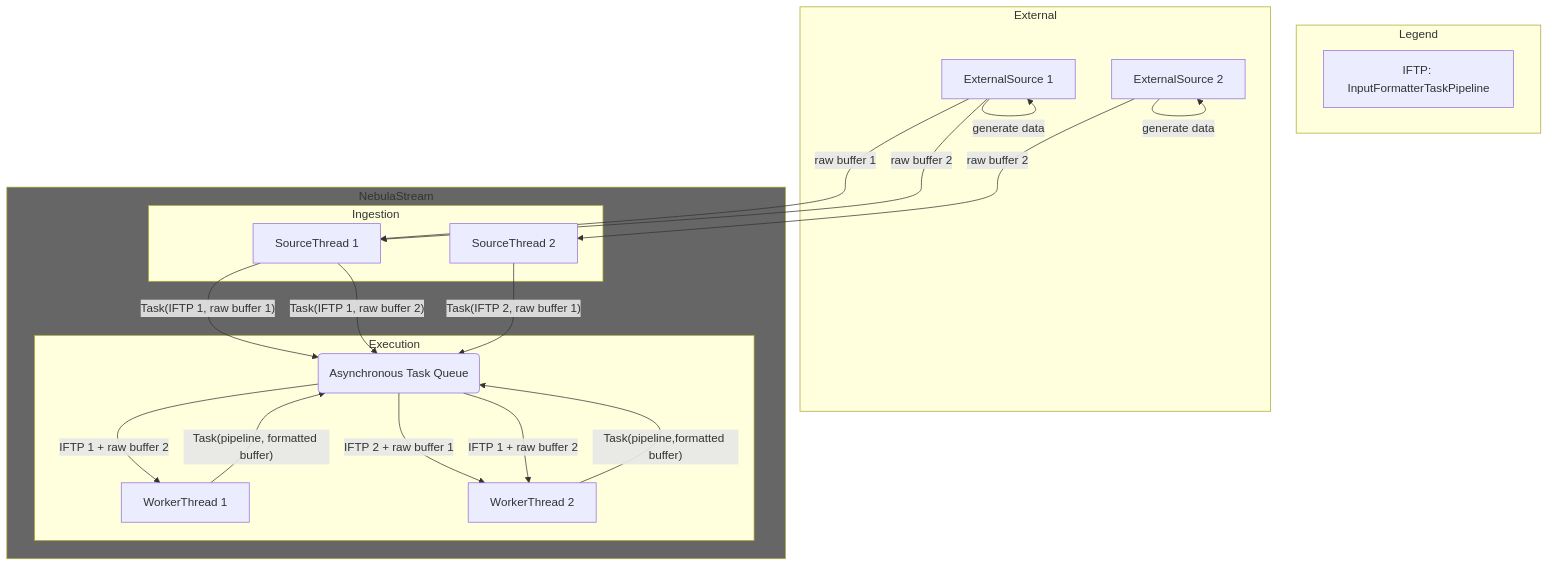
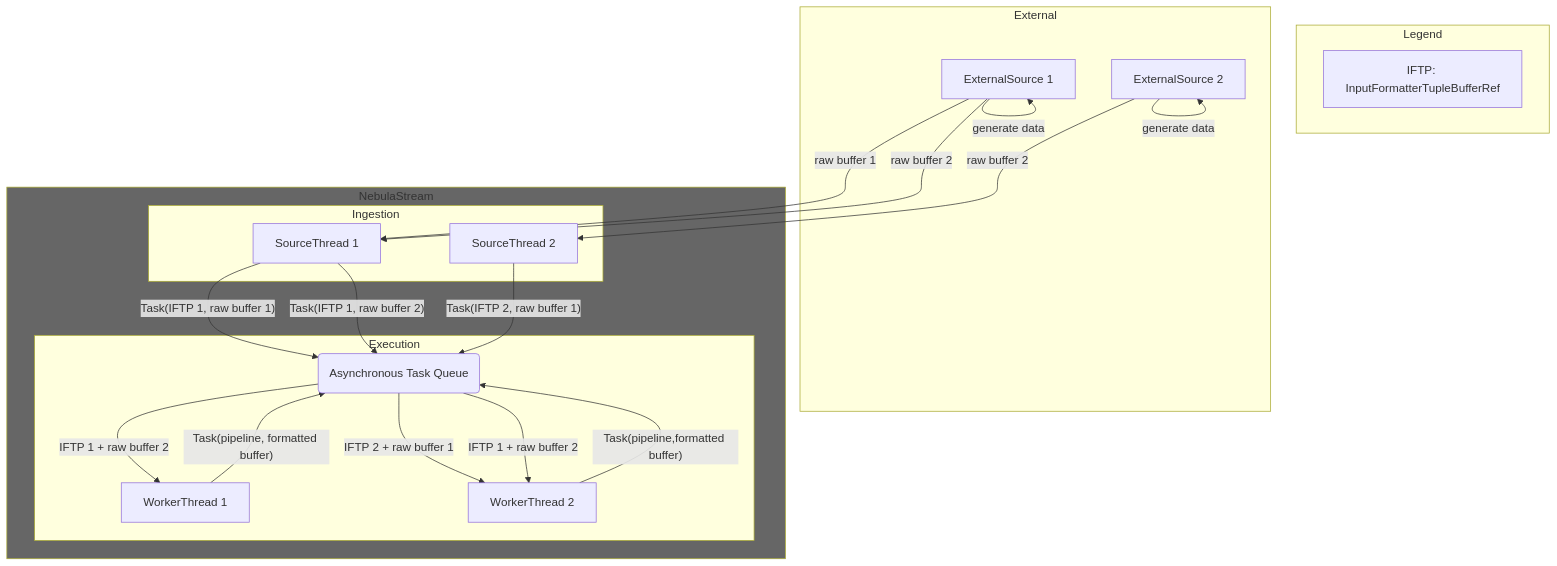
The first of 3 diagrams in nes-input-formatters/README.md (nebulastream/nebulastream), drawn with Mermaid before and after one commit. The commit also changed other lines of this file and 14 other files, not shown here.

Commit message:
renamed InputFormatterTaskPipeline and moved ScanPhysicalOperator back

````diff
--- a/nes-input-formatters/README.md
+++ b/nes-input-formatters/README.md
@@ -97,28 +97,28 @@
 ```mermaid
 flowchart TB
     subgraph Legend
-        I[IFTP: InputFormatterTaskPipeline]
+        I[IFTP: InputFormatterTupleBufferRef]
     end
     subgraph External
         A[Source 1] -->|generate data| A(ExternalSource 1)
         B[Source 2] -->|generate data| B(ExternalSource 2)
     end
     subgraph NebulaStream
         subgraph Ingestion
             A[ExternalSource 1] -->|raw buffer 1| C(SourceThread_1)
             A[ExternalSource 1] -->|raw buffer 2| C(SourceThread_1)
             B[ExternalSource 2] -->|raw buffer 2| D(SourceThread_2)
         end
         subgraph Execution
             C[SourceThread 1] -->|" Task(IFTP 1, raw buffer 1) "| E(Asynchronous Task Queue)
             C[SourceThread 1] -->|" Task(IFTP 1, raw buffer 2) "| E(Asynchronous Task Queue)
             D[SourceThread 2] -->|" Task(IFTP 2, raw buffer 1) "| E(Asynchronous Task Queue)
             E -->|IFTP 1 + raw buffer 2| G[WorkerThread 1]
             E -->|IFTP 2 + raw buffer 1| H[WorkerThread 2]
             E -->|IFTP 1 + raw buffer 2| H[WorkerThread 2]
             H -->|" Task(pipeline,formatted buffer) "| E
             G -->|" Task(pipeline, formatted buffer) "| E
         end
         style NebulaStream fill: #666666
     end
 ```
````
